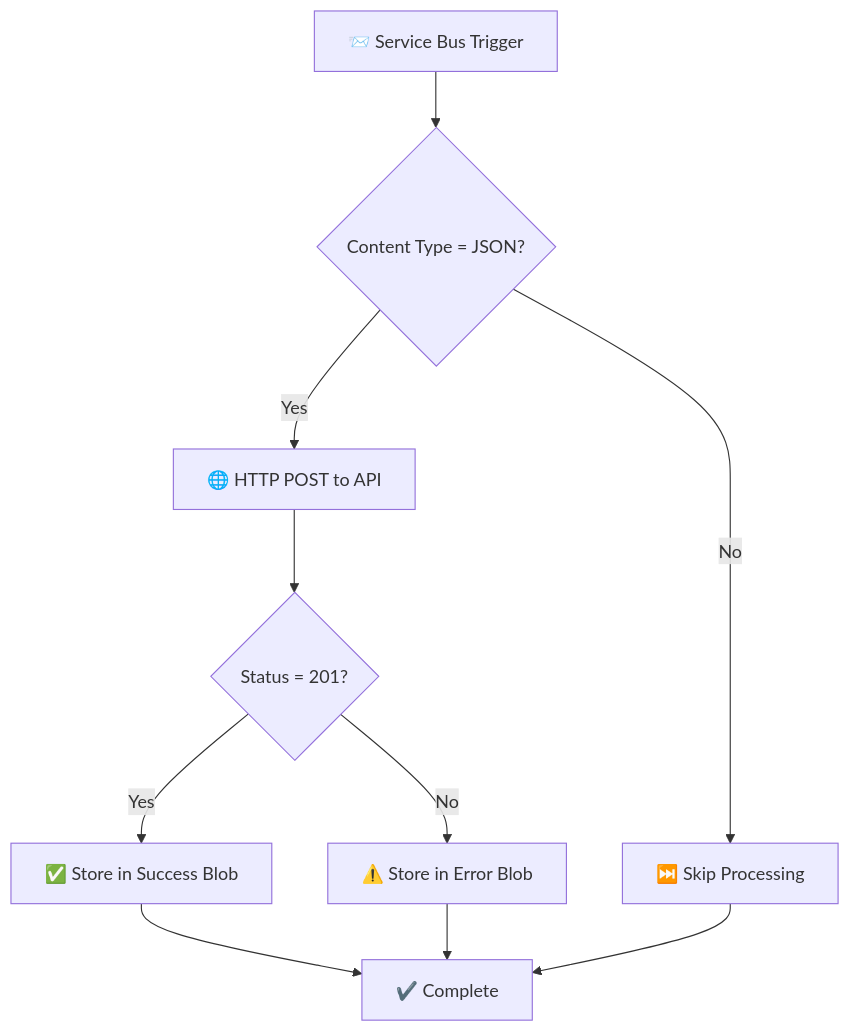
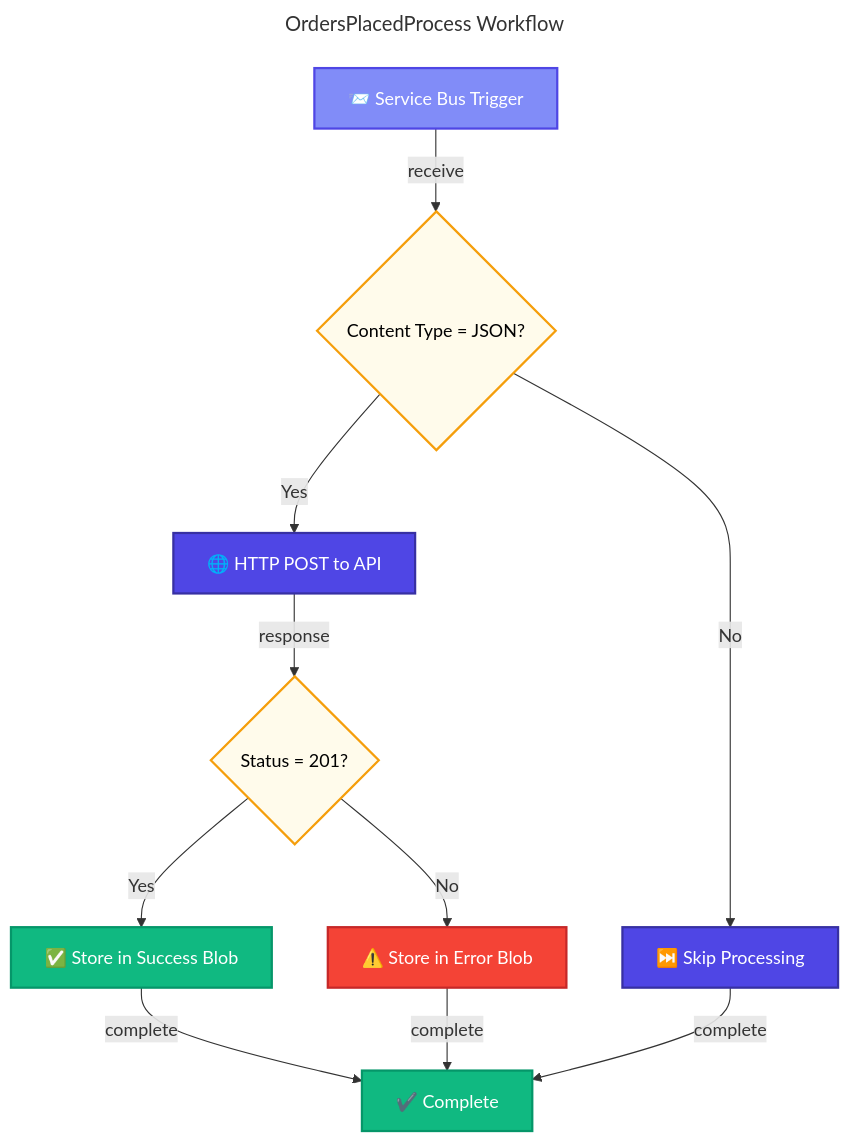
Before and after one commit to Evilazaro/Azure-LogicApps-Monitoring: the fourth of 5 diagrams in docs/architecture/03-application-architecture.md, drawn with Mermaid. The commit also changed other lines of this file, not shown here.

Commit message:
refactor: Enhance application architecture documentation with improved landscape maps, component diagrams, and communication patterns

````diff
--- a/docs/architecture/03-application-architecture.md
+++ b/docs/architecture/03-application-architecture.md
@@ -333,14 +379,32 @@
 ```mermaid
+---
+title: OrdersPlacedProcess Workflow
+---
 flowchart TD
-    A[📨 Service Bus Trigger] --> B{Content Type = JSON?}
-    B -->|Yes| C[🌐 HTTP POST to API]
-    B -->|No| D[⏭️ Skip Processing]
+    %% ===== WORKFLOW FLOW =====
+    A[📨 Service Bus Trigger] -->|"receive"| B{Content Type = JSON?}
+    B -->|"Yes"| C[🌐 HTTP POST to API]
+    B -->|"No"| D[⏭️ Skip Processing]
 
-    C --> E{Status = 201?}
-    E -->|Yes| F[✅ Store in Success Blob]
-    E -->|No| G[⚠️ Store in Error Blob]
+    C -->|"response"| E{Status = 201?}
+    E -->|"Yes"| F[✅ Store in Success Blob]
+    E -->|"No"| G[⚠️ Store in Error Blob]
 
-    F --> H[✔️ Complete]
-    G --> H
-    D --> H
+    F -->|"complete"| H[✔️ Complete]
+    G -->|"complete"| H
+    D -->|"complete"| H
+
+    %% ===== CLASS DEFINITIONS =====
+    classDef trigger fill:#818CF8,stroke:#4F46E5,color:#FFFFFF,stroke-width:2px
+    classDef decision fill:#FFFBEB,stroke:#F59E0B,color:#000000,stroke-width:2px
+    classDef primary fill:#4F46E5,stroke:#3730A3,color:#FFFFFF,stroke-width:2px
+    classDef secondary fill:#10B981,stroke:#059669,color:#FFFFFF,stroke-width:2px
+    classDef failed fill:#F44336,stroke:#C62828,color:#FFFFFF,stroke-width:2px
+
+    %% ===== CLASS ASSIGNMENTS =====
+    class A trigger
+    class B,E decision
+    class C,D primary
+    class F,H secondary
+    class G failed
 ```
````
